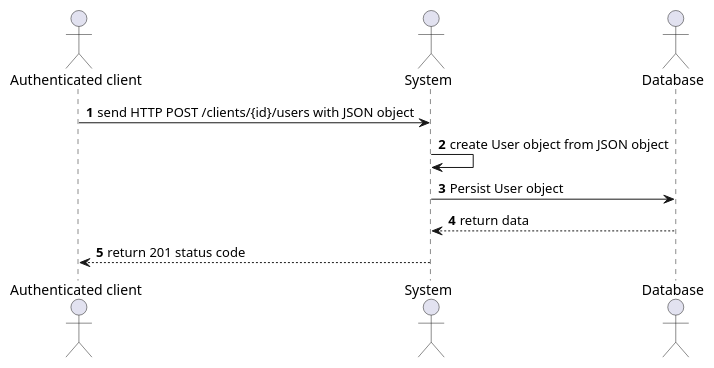
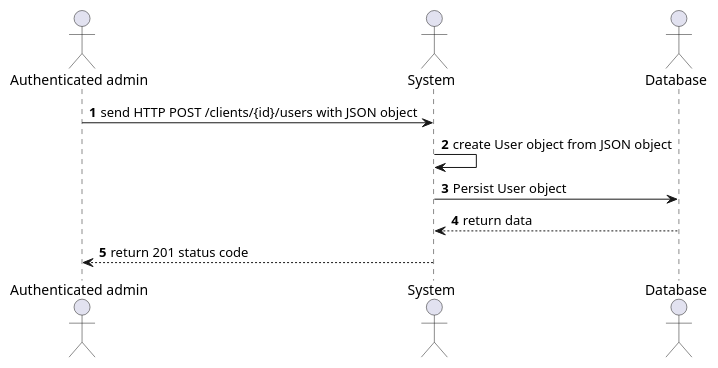
One commit to Xwyk/BileMo changed the diagram in diagrams/Sequences/UsersManagement/Sequence_AddUser.puml. Above: the diagram before and after it, drawn with PlantUML. The commit also changed 13 other files, not shown here.

```diff
--- a/diagrams/Sequences/UsersManagement/Sequence_AddUser.puml
+++ b/diagrams/Sequences/UsersManagement/Sequence_AddUser.puml
@@ -1,16 +1,16 @@
 @startuml
 'https://plantuml.com/sequence-diagram
 
 autonumber
 
-actor "Authenticated client" as client
+actor "Authenticated admin" as admin
 actor System                as system
 actor Database              as db
 
-client  -> system  : send HTTP POST /clients/{id}/users with JSON object
+admin  -> system  : send HTTP POST /clients/{id}/users with JSON object
 system -> system  : create User object from JSON object
 system -> db      : Persist User object
 system <-- db     : return data
-client  <-- system : return 201 status code
+admin  <-- system : return 201 status code
 
 @enduml
```
